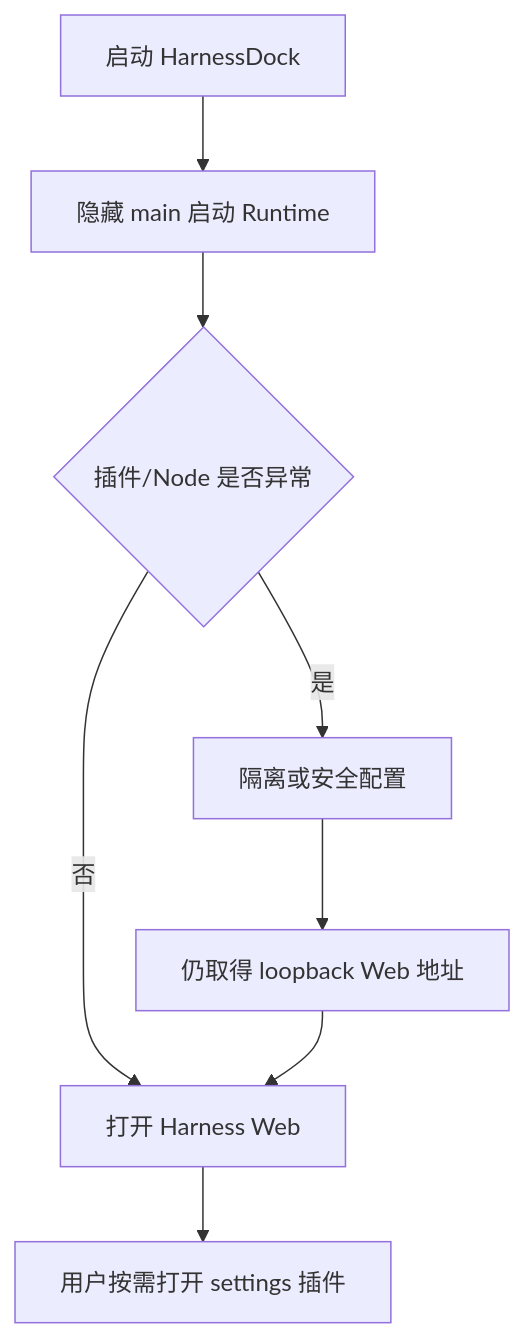
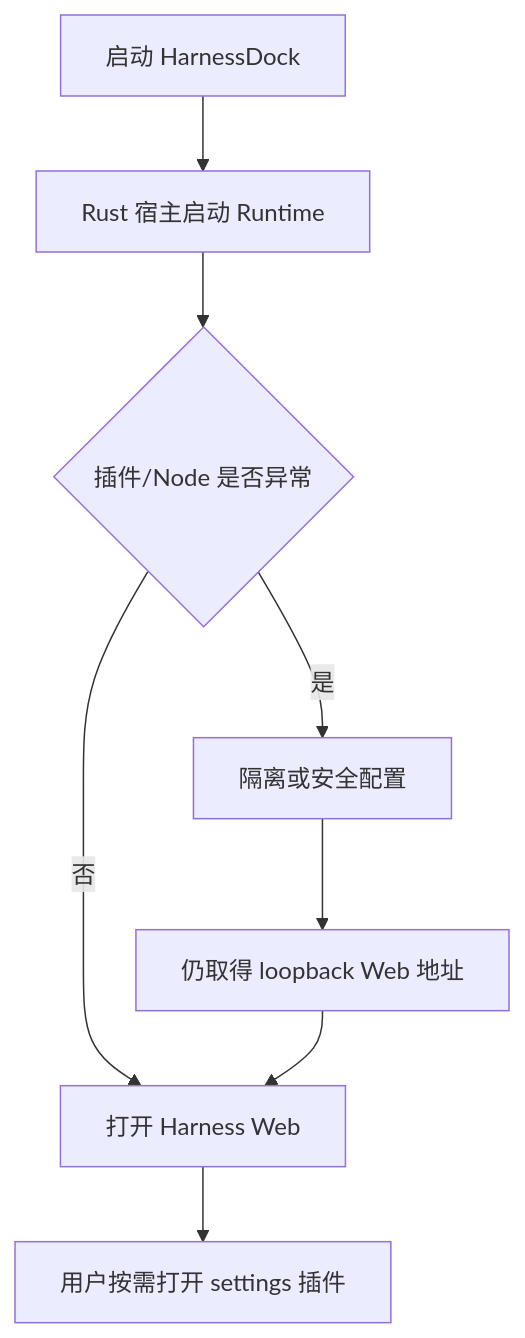
The diagram in docs/shell-settings-plugin.md (coeasy/harness_dock), drawn with Mermaid before and after one commit. The commit also changed other lines of this file and 31 other files, not shown here.

````diff
--- a/docs/shell-settings-plugin.md
+++ b/docs/shell-settings-plugin.md
@@ -27,10 +27,10 @@
 ```mermaid
 flowchart TD
-    A["启动 HarnessDock"] --> B["隐藏 main 启动 Runtime"]
+    A["启动 HarnessDock"] --> B["Rust 宿主启动 Runtime"]
     B --> C{"插件/Node 是否异常"}
     C -->|"否"| D["打开 Harness Web"]
     C -->|"是"| E["隔离或安全配置"]
     E --> F["仍取得 loopback Web 地址"]
     F --> D
     D --> G["用户按需打开 settings 插件"]
 ```
````
